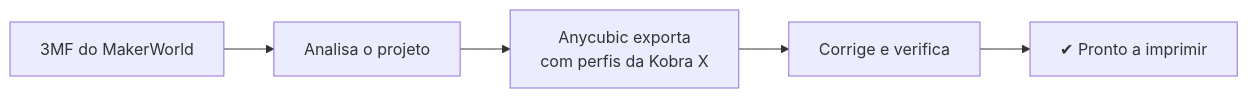
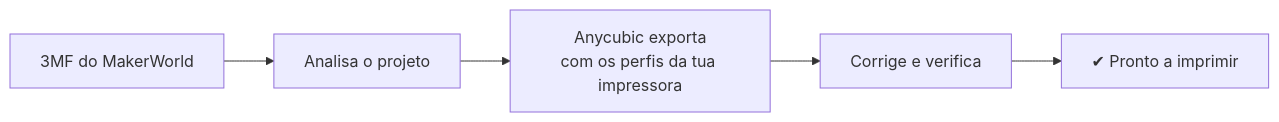
Before and after one commit to GodFaizT/makerworld-to-any: the diagram in README.md, drawn with Mermaid. The commit also changed other lines of this file and 12 other files, not shown here.

````diff
--- a/README.md
+++ b/README.md
@@ -52,7 +53,7 @@
 ```mermaid
 flowchart LR
     A["3MF do MakerWorld"] --> B["Analisa o projeto"]
-    B --> C["Anycubic exporta<br/>com perfis da Kobra X"]
+    B --> C["Anycubic exporta<br/>com os perfis da tua impressora"]
     C --> D["Corrige e verifica"]
     D --> E["✔ Pronto a imprimir"]
 ```
````
